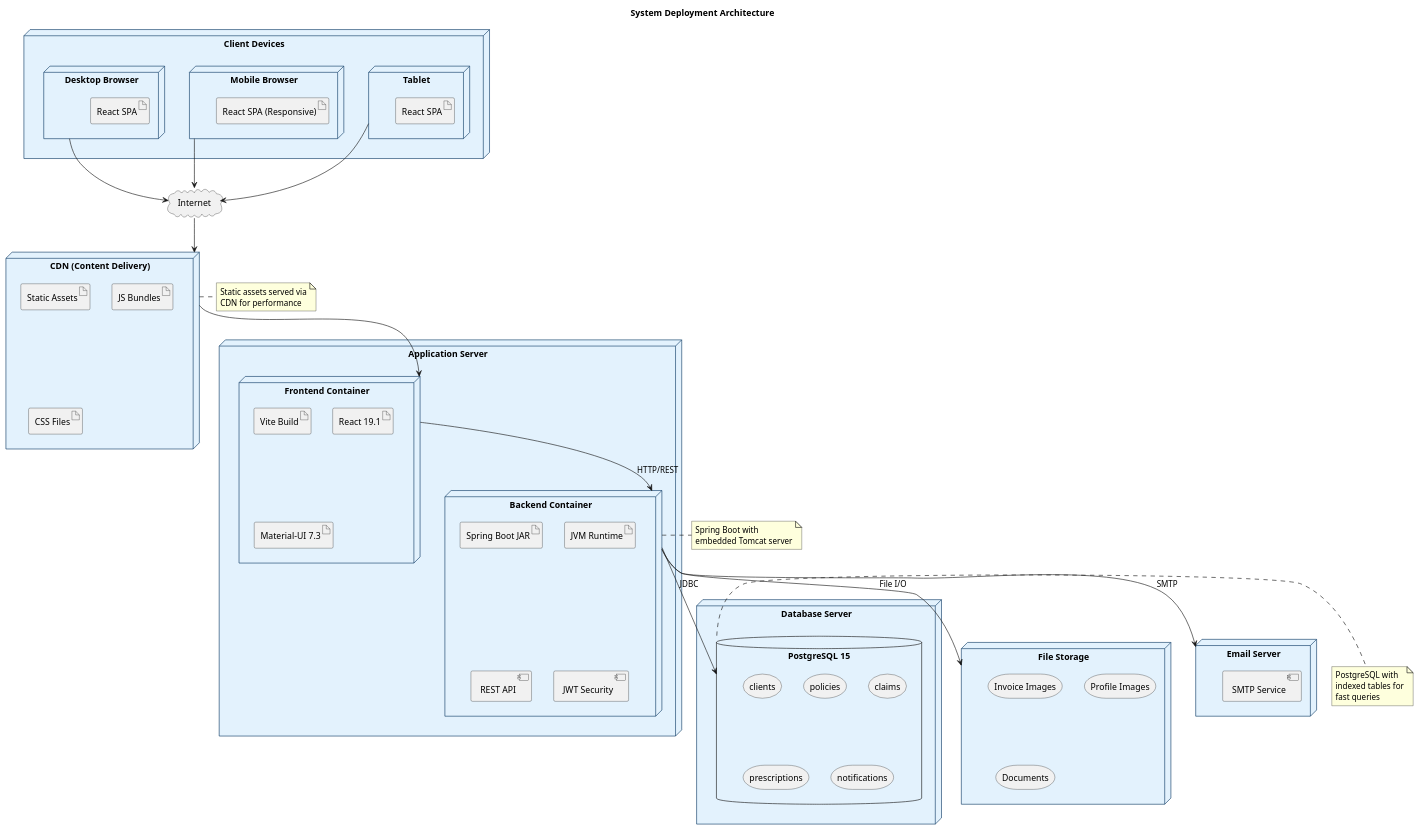
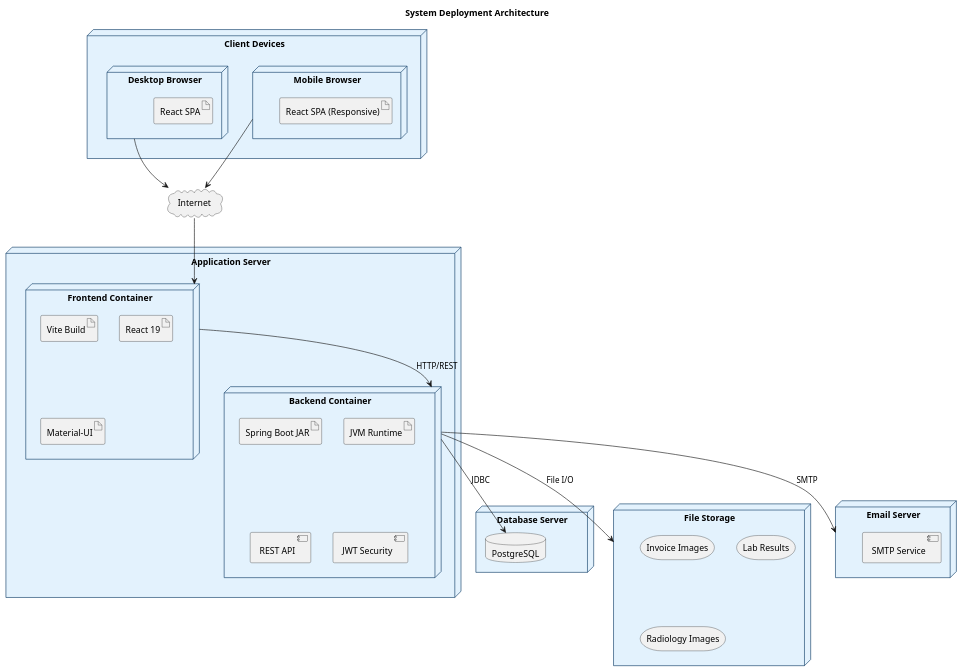
Diagram 16 of 20 in PlantUML_Diagrams.md (1210395/InsuranceSystemFrontEnd), drawn with PlantUML before and after one commit. The commit also changed other lines of this file and 32 other files, not shown here.

````diff
--- a/PlantUML_Diagrams.md
+++ b/PlantUML_Diagrams.md
@@ -1571,24 +1366,15 @@
     node "Mobile Browser" as MobileDev {
         artifact "React SPA (Responsive)" as ReactMobile
     }
-    node "Tablet" as Tablet {
-        artifact "React SPA" as ReactTablet
-    }
 }
 
 cloud "Internet" as Internet
 
-node "CDN (Content Delivery)" as CDN {
-    artifact "Static Assets" as Static
-    artifact "JS Bundles" as Bundles
-    artifact "CSS Files" as CSS
-}
-
 node "Application Server" as AppServer {
     node "Frontend Container" as FrontendContainer {
         artifact "Vite Build" as ViteBuild
-        artifact "React 19.1" as ReactApp
-        artifact "Material-UI 7.3" as MUILib
+        artifact "React 19" as ReactApp
+        artifact "Material-UI" as MUILib
     }
 
     node "Backend Container" as BackendContainer {
@@ -1600,19 +1386,13 @@
 }
 
 node "Database Server" as DBServer {
-    database "PostgreSQL 15" as Postgres {
-        storage "clients" as ClientsTable
-        storage "policies" as PoliciesTable
-        storage "claims" as ClaimsTable
-        storage "prescriptions" as RxTable
-        storage "notifications" as NotifTable
-    }
+    database "PostgreSQL" as Postgres
 }
 
 node "File Storage" as FileStorage {
     storage "Invoice Images" as Invoices
-    storage "Profile Images" as Profiles
-    storage "Documents" as Docs
+    storage "Lab Results" as LabResults
+    storage "Radiology Images" as RadImages
 }
 
 node "Email Server" as EmailServer {
@@ -1622,31 +1402,13 @@
 ' Connections
 Desktop --> Internet
 MobileDev --> Internet
-Tablet --> Internet
 
-Internet --> CDN
-CDN --> FrontendContainer
+Internet --> FrontendContainer
 
 FrontendContainer --> BackendContainer : HTTP/REST
 BackendContainer --> Postgres : JDBC
 BackendContainer --> FileStorage : File I/O
 BackendContainer --> EmailServer : SMTP
 
-note right of CDN
-    Static assets served via
-    CDN for performance
-end note
-
-note right of BackendContainer
-    Spring Boot with
-    embedded Tomcat server
-end note
-
-note right of Postgres
-    PostgreSQL with
-    indexed tables for
-    fast queries
-end note
-
 @enduml
 ```
````
